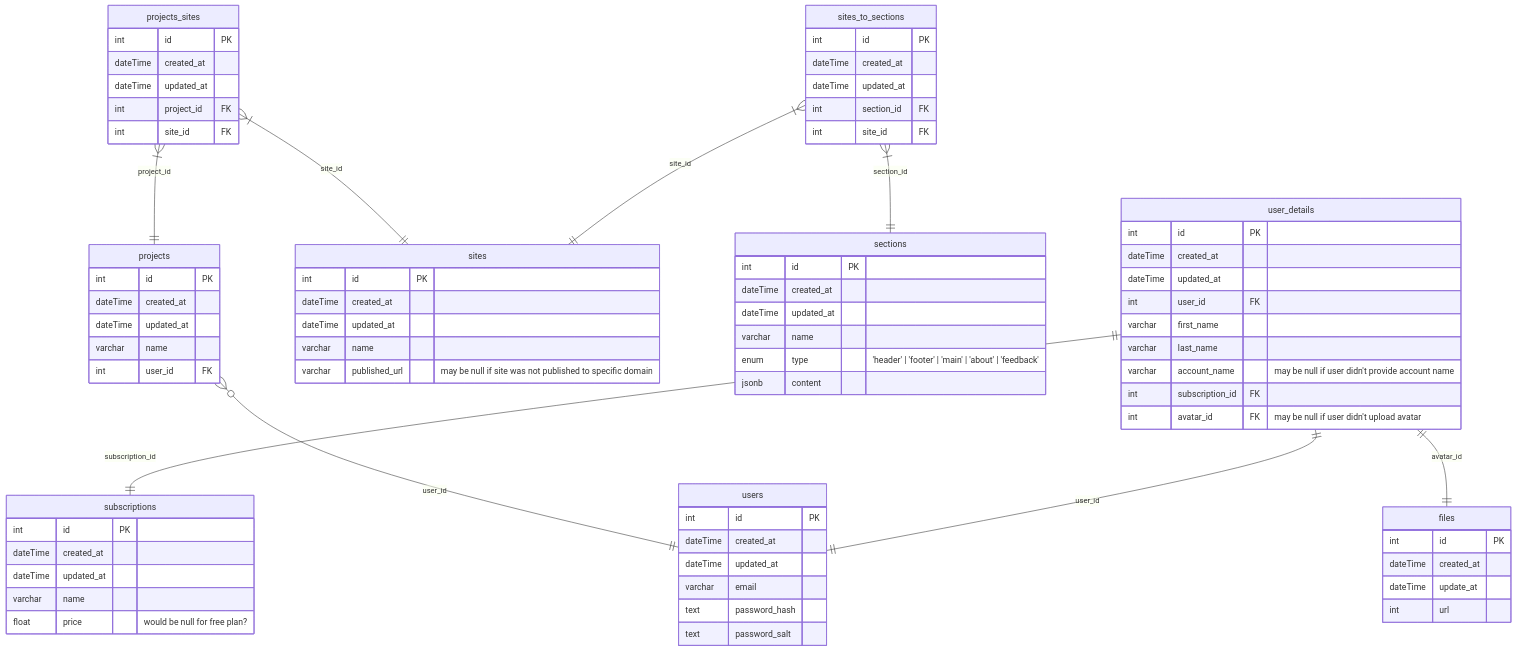
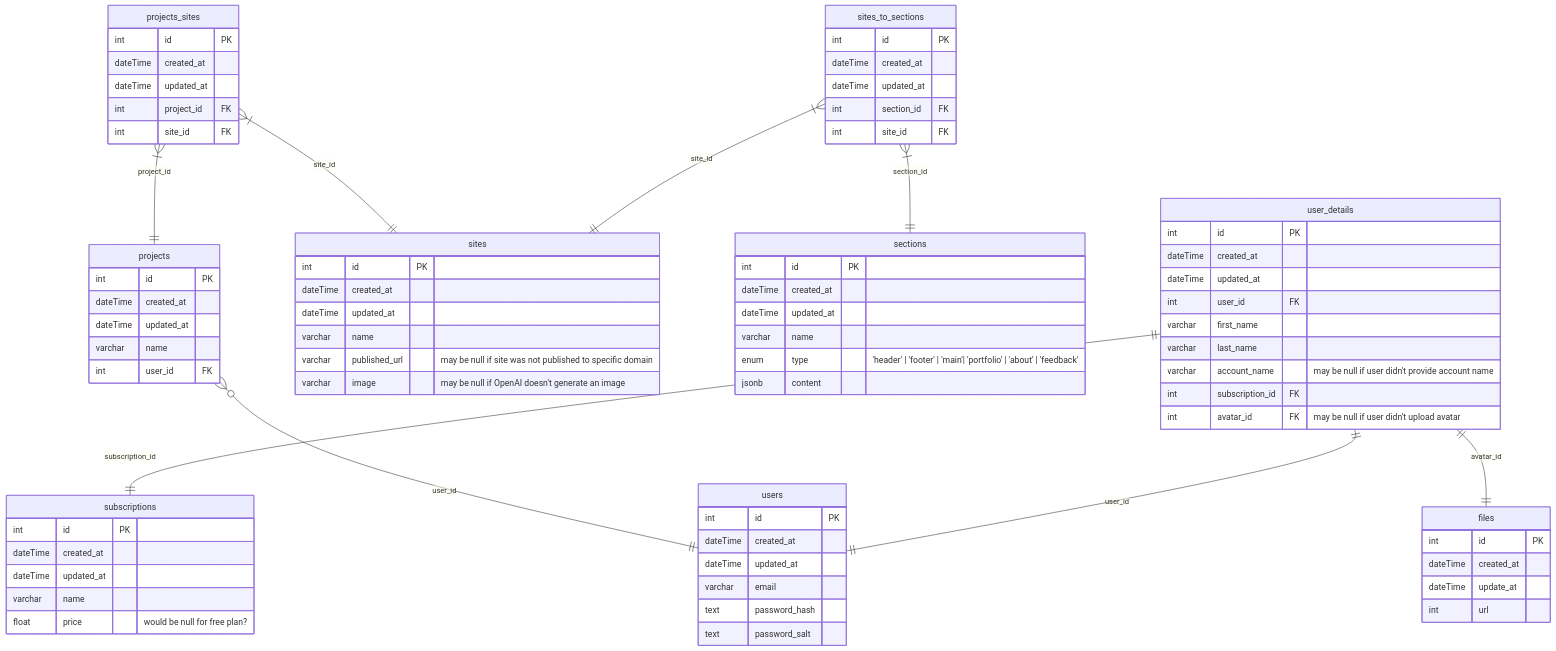
Before and after one commit to BinaryStudioAcademy/bsa-winter-2022-2023-simpleland: the diagram in readme.md, drawn with Mermaid.

Commit message:
sl-95: * readme

```diff
--- a/readme.md
+++ b/readme.md
@@ -74,6 +74,7 @@
     dateTime updated_at
     varchar name
     varchar published_url "may be null if site was not published to specific domain"
+    varchar image "may be null if OpenAI doesn't generate an image"
   }
 
   sections {
@@ -81,7 +82,7 @@
     dateTime created_at
     dateTime updated_at
     varchar name
-    enum type "'header' | 'footer' | 'main' | 'about' | 'feedback'"
+    enum type "'header' | 'footer' | 'main'| 'portfolio' | 'about' | 'feedback'"
     jsonb content
   }
 
```
